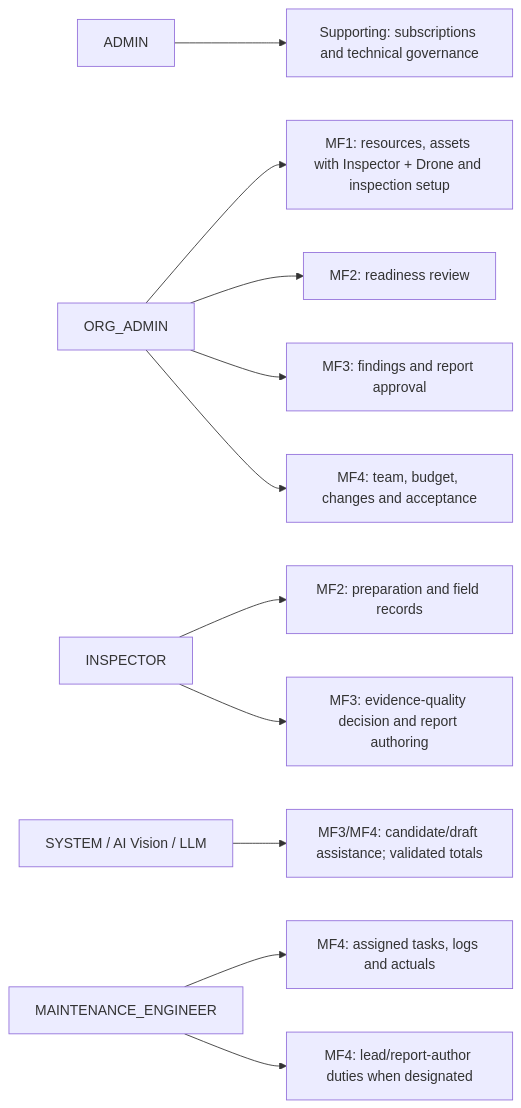
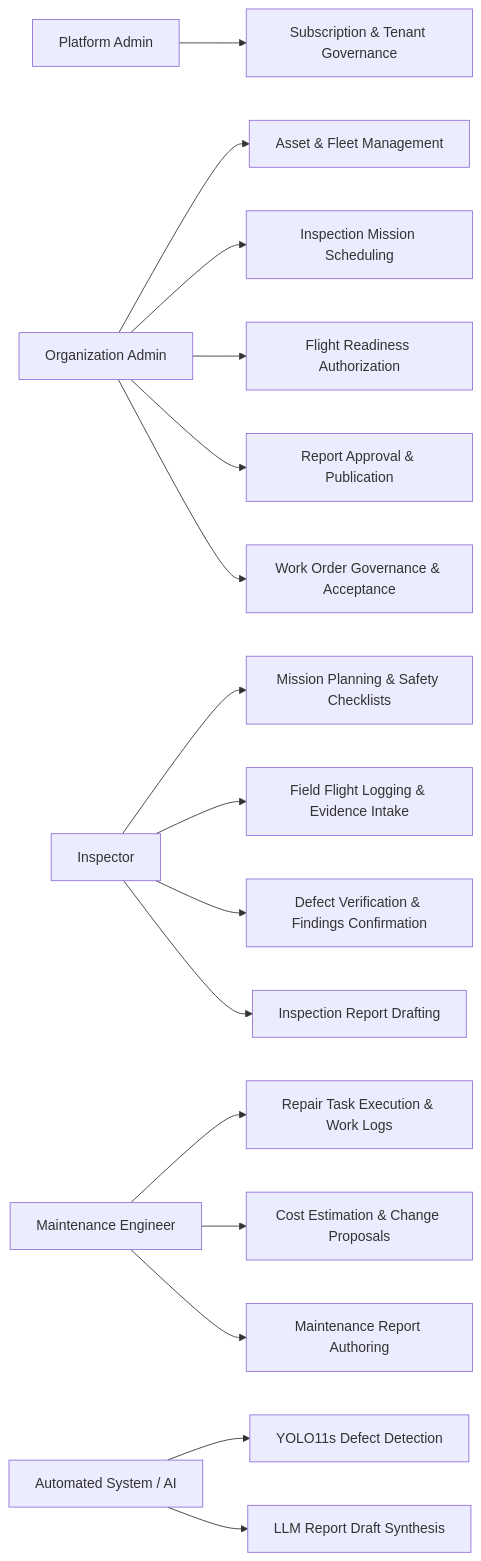
One commit to tungbach12/SmartDroneInspection-Docs changed the diagram in reports/report-3-software-requirement-specification/02-user-requirements.md. Above: the diagram before and after it, drawn with Mermaid. The commit also changed other lines of this file and 5 other files, not shown here.

````diff
--- a/reports/report-3-software-requirement-specification/02-user-requirements.md
+++ b/reports/report-3-software-requirement-specification/02-user-requirements.md
@@ -28,13 +26,21 @@
 ```mermaid
 flowchart LR
-  PA["ADMIN"] --> SUB["Supporting: subscriptions and technical governance"]
-  OA["ORG_ADMIN"] --> M1["MF1: resources, assets with Inspector + Drone and inspection setup"]
-  OA --> M2["MF2: readiness review"]
-  IN["INSPECTOR"] --> PREP["MF2: preparation and field records"]
-  IN --> EVI["MF3: evidence-quality decision and report authoring"]
-  SYS["SYSTEM / AI Vision / LLM"] --> DRAFT["MF3/MF4: candidate/draft assistance; validated totals"]
-  OA --> REVIEW["MF3: findings and report approval"]
-  OA --> ORDER["MF4: team, budget, changes and acceptance"]
-  ME["MAINTENANCE_ENGINEER"] --> TASK["MF4: assigned tasks, logs and actuals"]
-  ME --> AUTHOR["MF4: lead/report-author duties when designated"]
+  PA["Platform Admin"] --> UC_SUB["Subscription & Tenant Governance"]
+  OA["Organization Admin"] --> UC_ASSET["Asset & Fleet Management"]
+  OA --> UC_SCHED["Inspection Mission Scheduling"]
+  OA --> UC_AUTH["Flight Readiness Authorization"]
+  OA --> UC_REV["Report Approval & Publication"]
+  OA --> UC_MAINT_GOV["Work Order Governance & Acceptance"]
+
+  IN["Inspector"] --> UC_PREP["Mission Planning & Safety Checklists"]
+  IN --> UC_EXEC["Field Flight Logging & Evidence Intake"]
+  IN --> UC_DEFECT["Defect Verification & Findings Confirmation"]
+  IN --> UC_REP_AUTH["Inspection Report Drafting"]
+
+  ME["Maintenance Engineer"] --> UC_TASK["Repair Task Execution & Work Logs"]
+  ME --> UC_EST["Cost Estimation & Change Proposals"]
+  ME --> UC_COMP_AUTH["Maintenance Report Authoring"]
+
+  SYS["Automated System / AI"] --> UC_AI["YOLO11s Defect Detection"]
+  SYS --> UC_LLM["LLM Report Draft Synthesis"]
 ```
````
